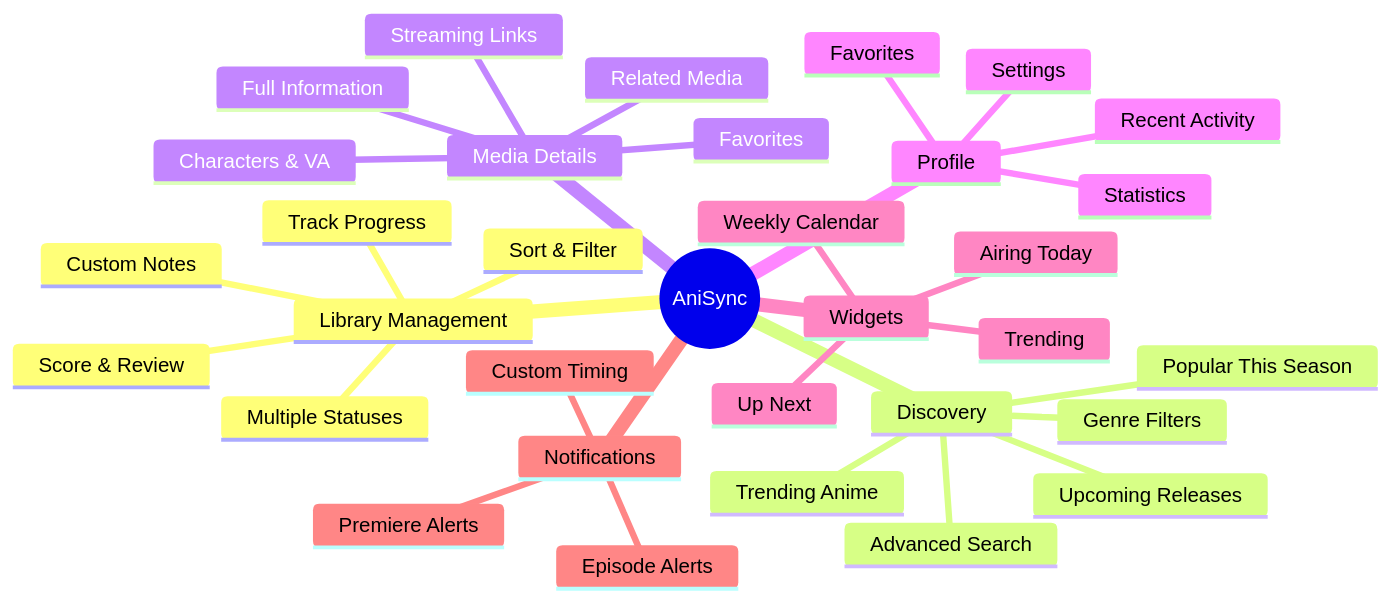
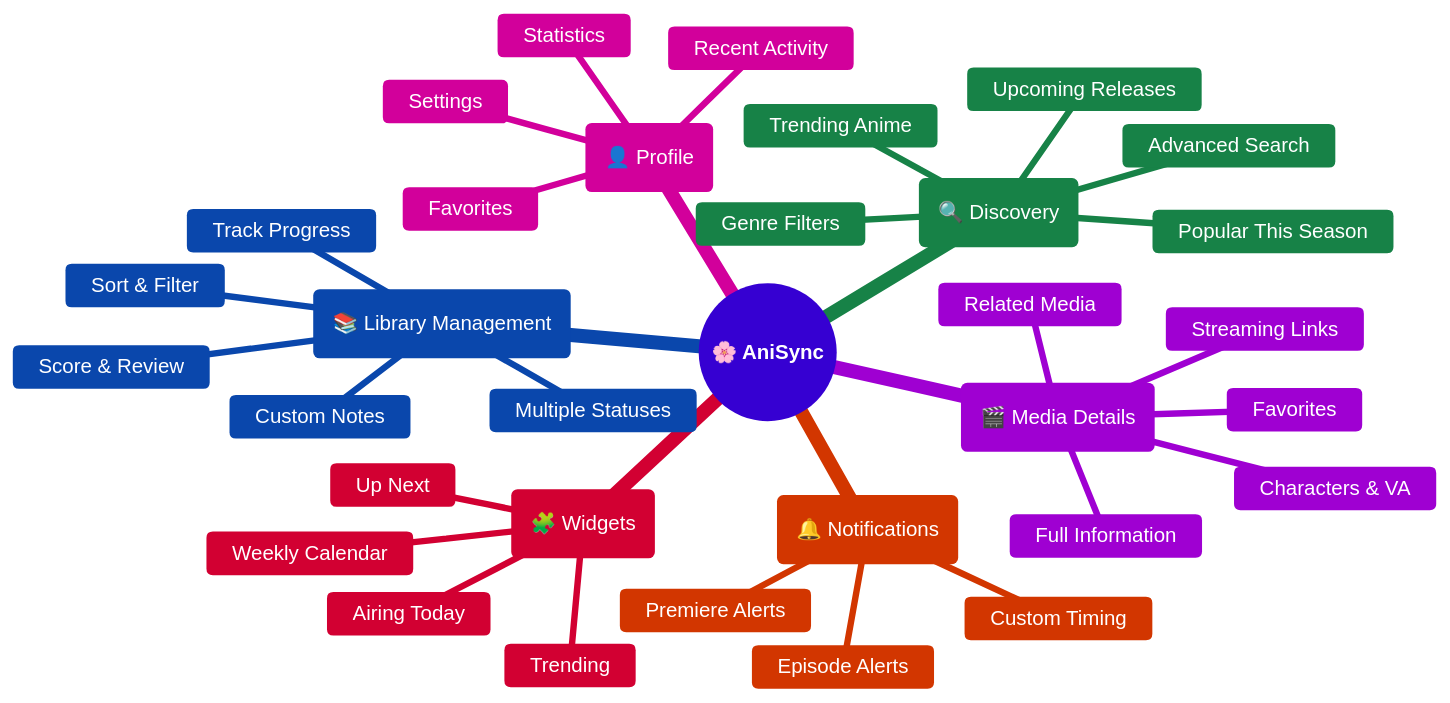
Before and after one commit to Marco-9456/AniSync: the diagram in README.md, drawn with Mermaid. The commit also changed other lines of this file and 9 other files, not shown here.

````diff
--- a/README.md
+++ b/README.md
@@ -46,36 +49,54 @@
 ```mermaid
+%%{
+  init: {
+    "theme": "base",
+    "themeVariables": {
+      "fontFamily": "sans-serif",
+      "primaryColor": "#7F52FF",
+      "primaryTextColor": "#ffffff",
+      "primaryBorderColor": "#5b31c6",
+      "lineColor": "#8b949e",
+      "secondaryColor": "#4285F4",
+      "secondaryTextColor": "#ffffff",
+      "secondaryBorderColor": "#2f66c4",
+      "tertiaryColor": "#3DDC84",
+      "tertiaryTextColor": "#000000",
+      "tertiaryBorderColor": "#29a35e"
+    }
+  }
+}%%
 mindmap
-  root((AniSync))
-    Library Management
+  root((**🌸 AniSync**))
+    (📚 Library Management)
       Track Progress
       Score & Review
       Custom Notes
       Multiple Statuses
       Sort & Filter
-    Discovery
+    (🔍 Discovery)
       Trending Anime
       Popular This Season
       Upcoming Releases
       Advanced Search
       Genre Filters
-    Media Details
+    (🎬 Media Details)
       Full Information
       Characters & VA
       Related Media
       Streaming Links
       Favorites
-    Profile
+    (👤 Profile)
       Statistics
       Recent Activity
       Favorites
       Settings
-    Widgets
+    (🧩 Widgets)
       Up Next
       Airing Today
       Weekly Calendar
       Trending
-    Notifications
+    (🔔 Notifications)
       Episode Alerts
       Premiere Alerts
       Custom Timing
 ```
````
